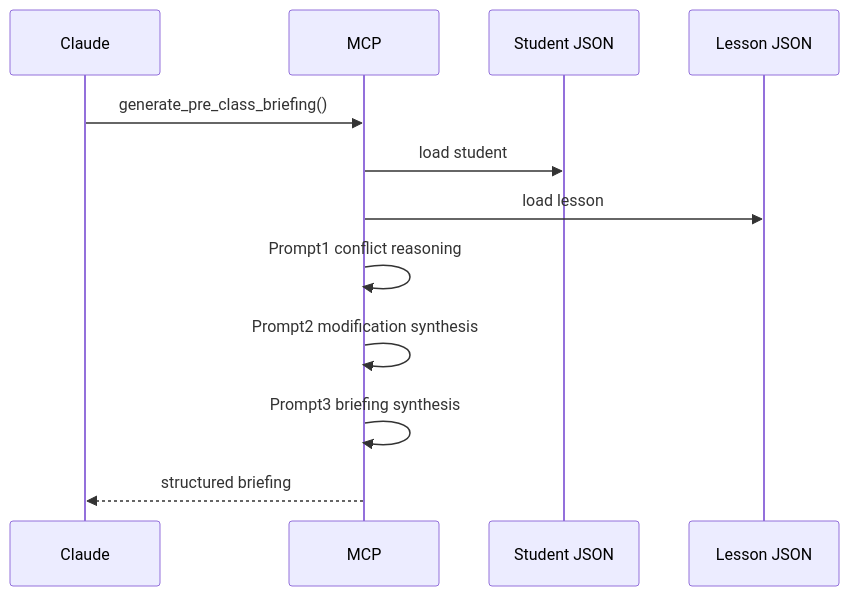
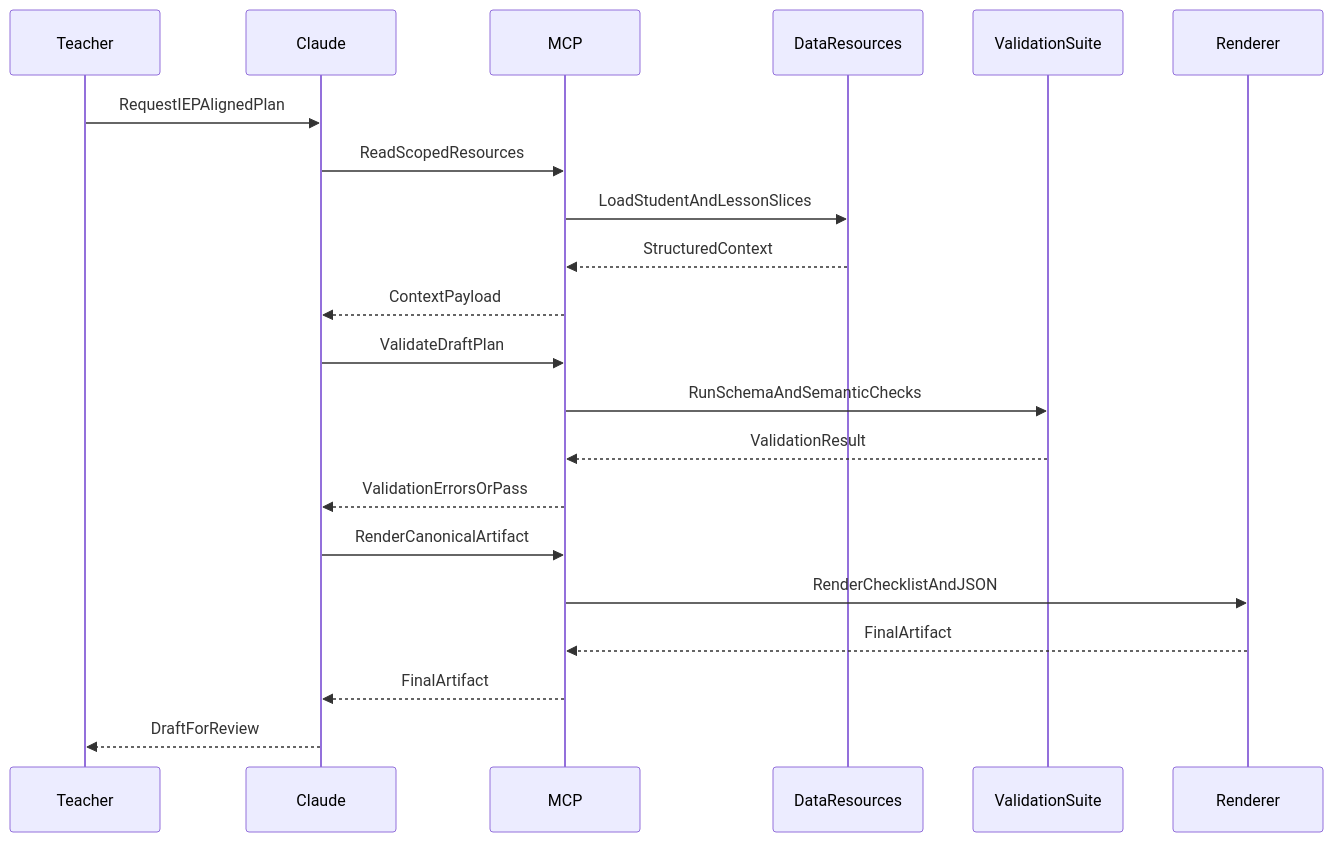
One commit to anna4dev/pathlight changed the fourth of 4 diagrams in ARCHITECTURE.md. Above: the diagram before and after it, drawn with Mermaid. The commit also changed other lines of this file and 1 other file, not shown here.

Commit message:
docs: migrate architecture from server-side workflow (Shape B) to client-reasoning contract (Shape A)

````diff
--- a/ARCHITECTURE.md
+++ b/ARCHITECTURE.md
@@ -192,18 +190,24 @@
 ```mermaid
 sequenceDiagram
+    participant T as Teacher
     participant C as Claude
     participant M as MCP
-    participant S as Student JSON
-    participant L as Lesson JSON
+    participant D as DataResources
+    participant V as ValidationSuite
+    participant R as Renderer
 
-    C->>M: generate_pre_class_briefing()
-
-    M->>S: load student
-    M->>L: load lesson
-
-    M->>M: Prompt1 conflict reasoning
-    M->>M: Prompt2 modification synthesis
-    M->>M: Prompt3 briefing synthesis
-
-    M-->>C: structured briefing
+    T->>C: RequestIEPAlignedPlan
+    C->>M: ReadScopedResources
+    M->>D: LoadStudentAndLessonSlices
+    D-->>M: StructuredContext
+    M-->>C: ContextPayload
+    C->>M: ValidateDraftPlan
+    M->>V: RunSchemaAndSemanticChecks
+    V-->>M: ValidationResult
+    M-->>C: ValidationErrorsOrPass
+    C->>M: RenderCanonicalArtifact
+    M->>R: RenderChecklistAndJSON
+    R-->>M: FinalArtifact
+    M-->>C: FinalArtifact
+    C-->>T: DraftForReview
 ```
````
